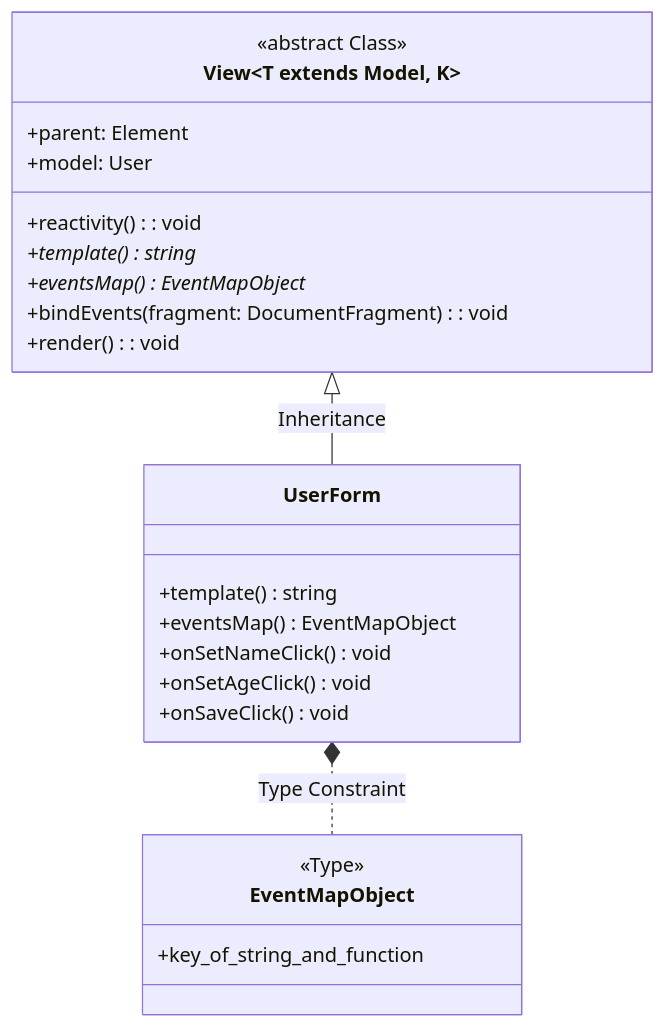
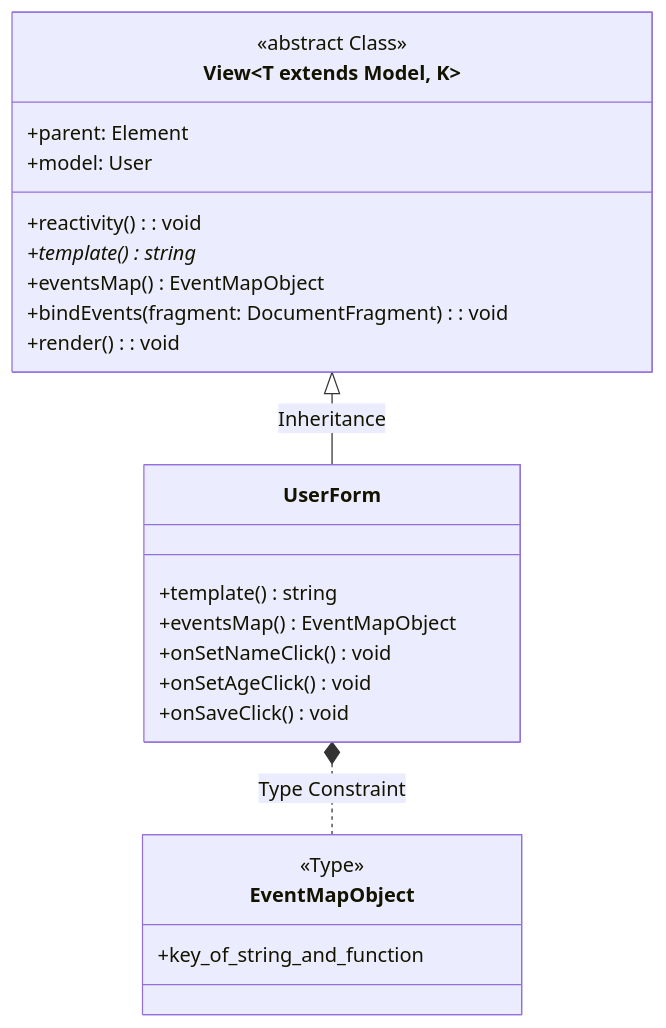
The third of 3 diagrams in README.md (frzhen/typescript-web-framework), drawn with Mermaid before and after one commit. The commit also changed 6 other files, not shown here.

````diff
--- a/README.md
+++ b/README.md
@@ -204,26 +204,26 @@
 ```mermaid
    classDiagram
    class View~T extends Model, K~ {
    <<abstract Class>>
    +parent: Element
    +model: User
    +reactivity(): void
    +template()* string
-   +eventsMap()* EventMapObject
+   +eventsMap() EventMapObject
    +bindEvents(fragment: DocumentFragment): void
    +render(): void
    }
    View <|-- UserForm: Inheritance
    class UserForm{
    +template() string
    +eventsMap() EventMapObject
    +onSetNameClick() void
    +onSetAgeClick() void
    +onSaveClick() void
    }
    class EventMapObject {
    <<Type>>
    +key_of_string_and_function
    }
    UserForm *.. EventMapObject: Type Constraint
 ```
````
